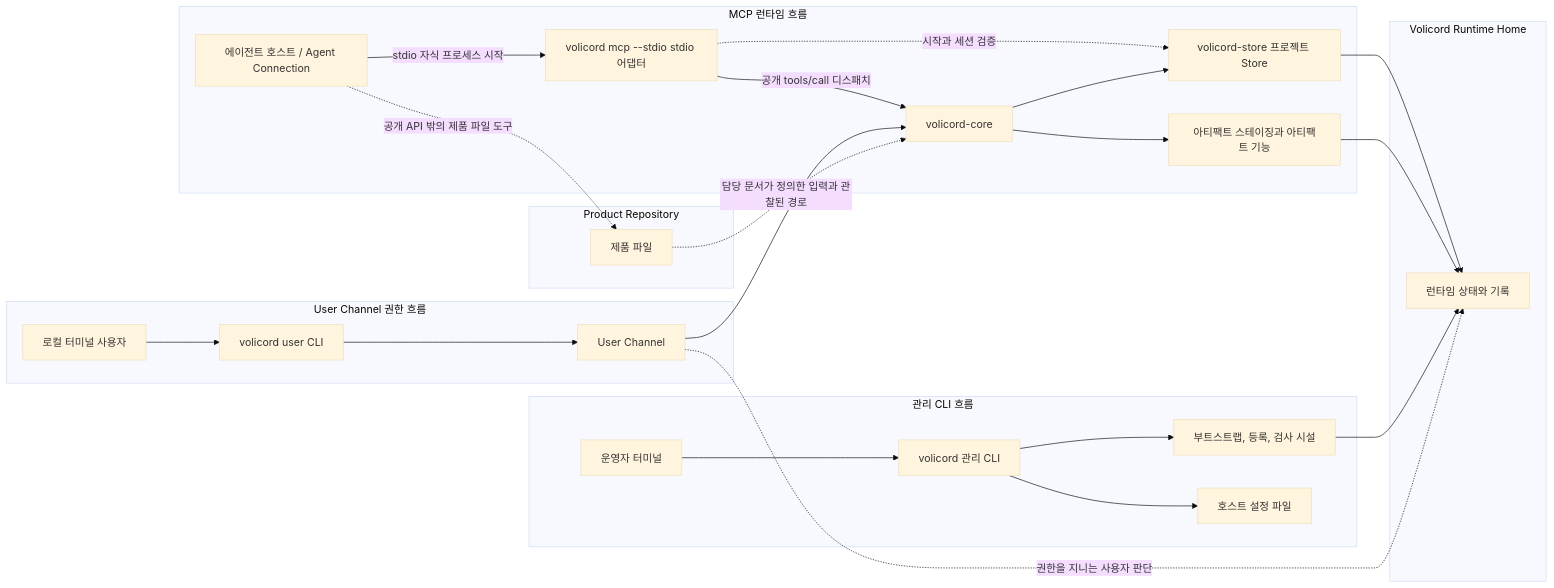
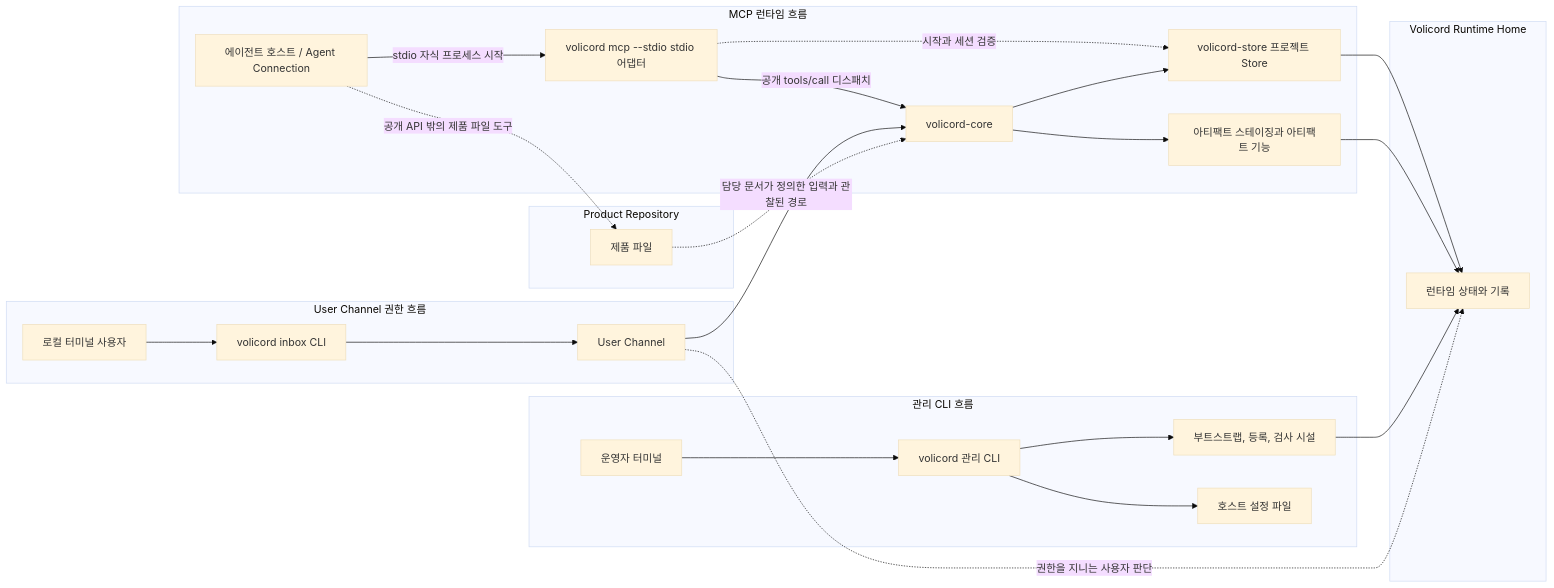
The first of 4 diagrams in docs/ko/development/architecture.md (minjungw00/Volicord), drawn with Mermaid (base theme) before and after one commit. The commit also changed other lines of this file and 45 other files, not shown here.

Commit message:
feat: unify user judgments in an inbox

````diff
--- a/docs/ko/development/architecture.md
+++ b/docs/ko/development/architecture.md
@@ -19,52 +19,52 @@
 ```mermaid
 flowchart LR
   subgraph AgentRuntime["MCP 런타임 흐름"]
     host["에이전트 호스트 / Agent Connection"]
     mcp["volicord mcp --stdio stdio 어댑터"]
     core["volicord-core"]
     store["volicord-store 프로젝트 Store"]
     artifacts["아티팩트 스테이징과 아티팩트 기능"]
   end
 
   subgraph AdminManagement["관리 CLI 흐름"]
     operator["운영자 터미널"]
     cli["volicord 관리 CLI"]
     bootstrap["부트스트랩, 등록, 검사 시설"]
     config["호스트 설정 파일"]
   end
 
   subgraph UserAuthority["User Channel 권한 흐름"]
     user["로컬 터미널 사용자"]
-    usercli["volicord user CLI"]
+    usercli["volicord inbox CLI"]
     channel["User Channel"]
   end
 
   subgraph RuntimeBoundary["Volicord Runtime Home"]
     runtime["런타임 상태와 기록"]
   end
 
   subgraph ProductBoundary["Product Repository"]
     product["제품 파일"]
   end
 
   host -- stdio 자식 프로세스 시작 --> mcp
   mcp -- 공개 tools/call 디스패치 --> core
   mcp -. 시작과 세션 검증 .-> store
   core --> store
   core --> artifacts
   store --> runtime
   artifacts --> runtime
 
   operator --> cli
   cli --> bootstrap
   cli --> config
   bootstrap --> runtime
 
   user --> usercli
   usercli --> channel
   channel --> core
   channel -. 권한을 지니는 사용자 판단 .-> runtime
 
   product -. 담당 문서가 정의한 입력과 관찰된 경로 .-> core
   host -. 공개 API 밖의 제품 파일 도구 .-> product
 ```
````
